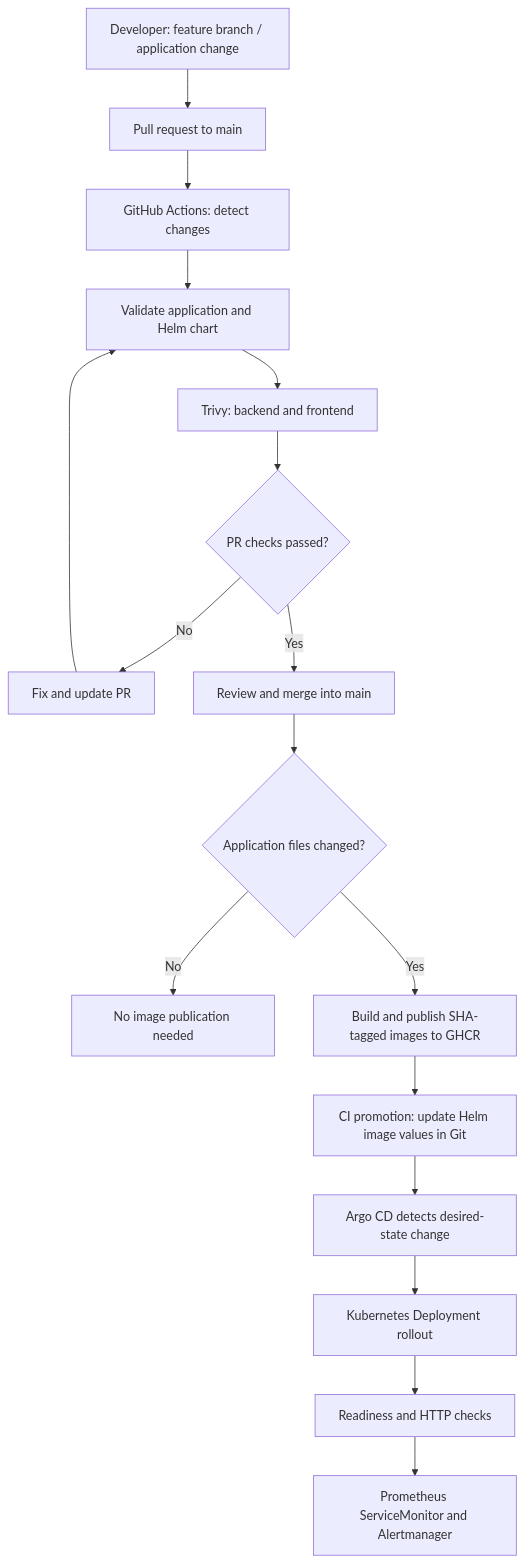
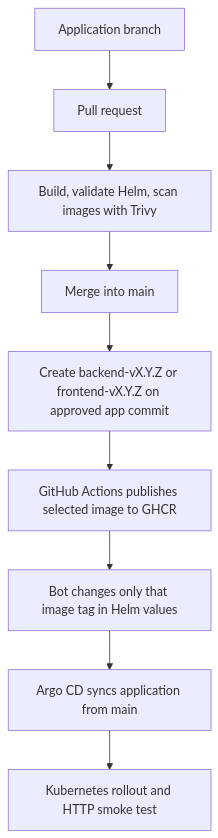
The diagram in docs/CI-CD-AND-DEVELOPMENT-FLOW.md (jansoltys9/aspecta-k8s-assignment), drawn with Mermaid before and after one commit. The commit also changed other lines of this file and 17 other files, not shown here.

````diff
--- a/docs/CI-CD-AND-DEVELOPMENT-FLOW.md
+++ b/docs/CI-CD-AND-DEVELOPMENT-FLOW.md
@@ -7,19 +3,11 @@
 ```mermaid
 flowchart TD
-    A[Developer: feature branch / application change] --> B[Pull request to main]
-    B --> C[GitHub Actions: detect changes]
-    C --> D[Validate application and Helm chart]
-    D --> E[Trivy: backend and frontend]
-    E --> F{PR checks passed?}
-    F -- No --> X[Fix and update PR]
-    X --> D
-    F -- Yes --> G[Review and merge into main]
-    G --> H{Application files changed?}
-    H -- No --> I[No image publication needed]
-    H -- Yes --> J[Build and publish SHA-tagged images to GHCR]
-    J --> K[CI promotion: update Helm image values in Git]
-    K --> L[Argo CD detects desired-state change]
-    L --> M[Kubernetes Deployment rollout]
-    M --> N[Readiness and HTTP checks]
-    N --> O[Prometheus ServiceMonitor and Alertmanager]
+  Change[Application branch] --> PR[Pull request]
+  PR --> CI[Build, validate Helm, scan images with Trivy]
+  CI --> Merge[Merge into main]
+  Merge --> Tag[Create backend-vX.Y.Z or frontend-vX.Y.Z on approved app commit]
+  Tag --> GHCR[GitHub Actions publishes selected image to GHCR]
+  GHCR --> Promote[Bot changes only that image tag in Helm values]
+  Promote --> Argo[Argo CD syncs application from main]
+  Argo --> Pods[Kubernetes rollout and HTTP smoke test]
 ```
````
